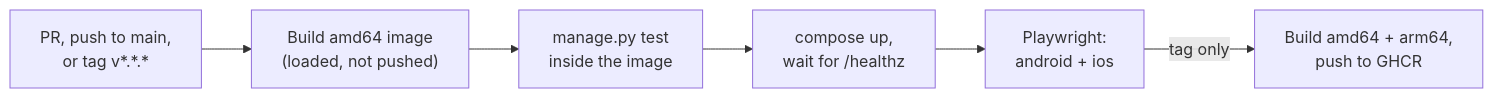
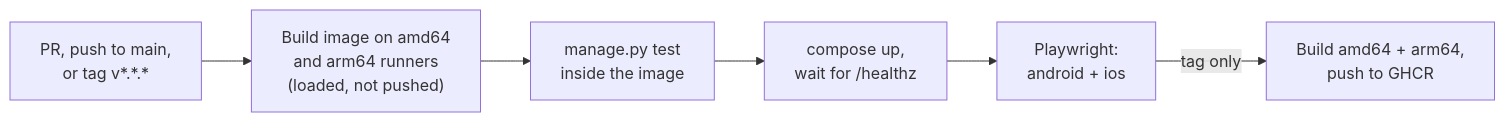
Before and after one commit to ajp442/planFC: the second of 3 diagrams in docs/ARCHITECTURE.md, drawn with Mermaid. The commit also changed other lines of this file and 2 other files, not shown here.

First line of the commit message:
Test the arm64 image on native arm64 runners

````diff
--- a/docs/ARCHITECTURE.md
+++ b/docs/ARCHITECTURE.md
@@ -412,8 +413,8 @@
 ```mermaid
 flowchart LR
-    trigger["PR, push to main,<br/>or tag v*.*.*"] --> build["Build amd64 image<br/>(loaded, not pushed)"]
+    trigger["PR, push to main,<br/>or tag v*.*.*"] --> build["Build image on amd64<br/>and arm64 runners<br/>(loaded, not pushed)"]
     build --> unit["manage.py test<br/>inside the image"]
     unit --> up["compose up,<br/>wait for /healthz"]
     up --> e2e["Playwright:<br/>android + ios"]
     e2e -- "tag only" --> publish["Build amd64 + arm64,<br/>push to GHCR"]
 ```
````
